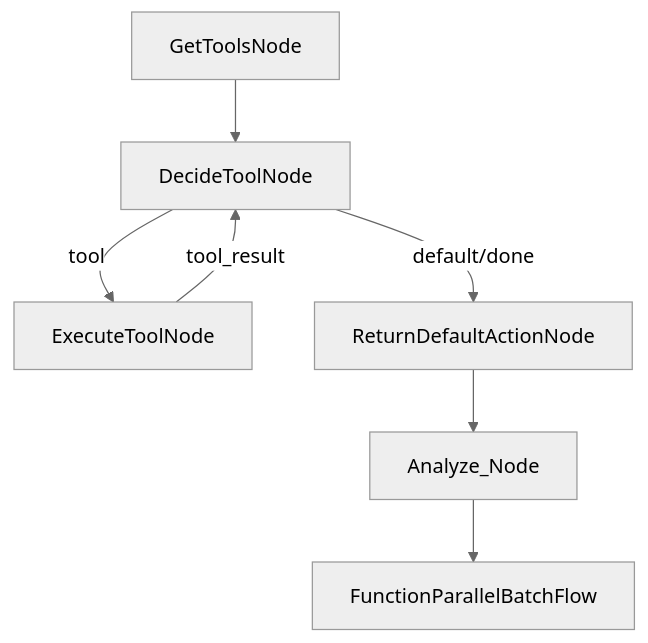
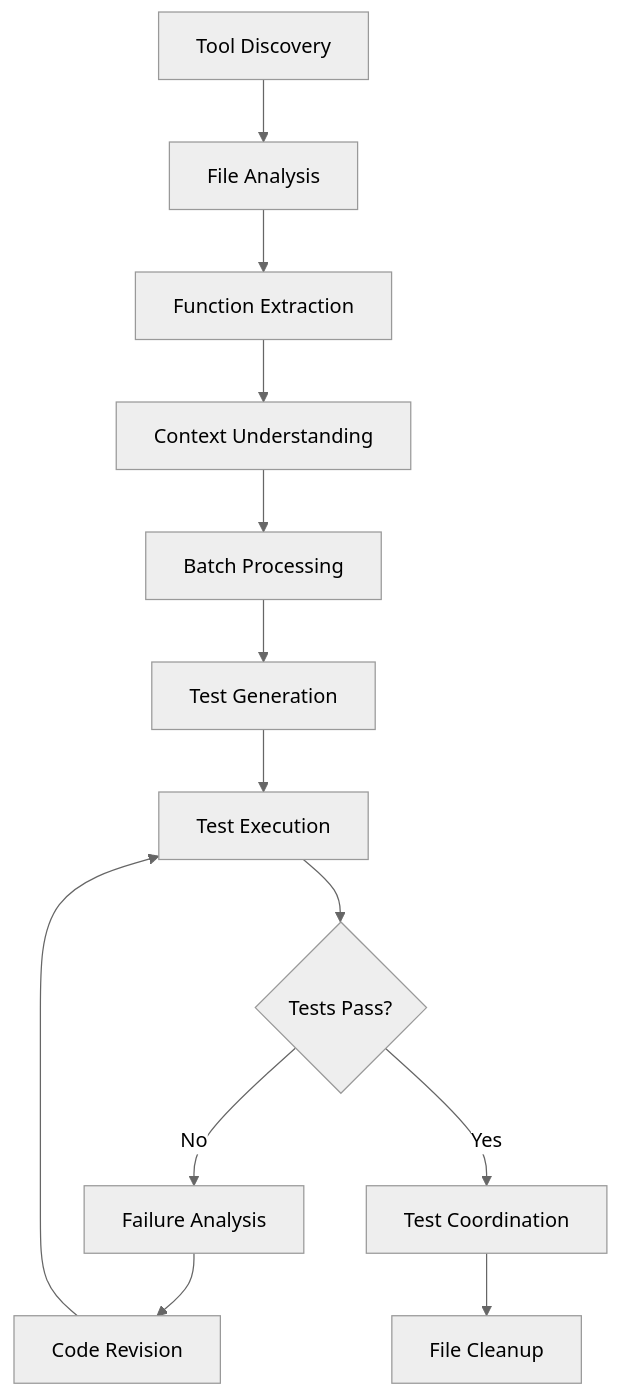
One commit to jimkk159/test-creater changed the first of 2 diagrams in README.md. Above: the diagram before and after it, drawn with Mermaid (neutral theme). The commit also changed other lines of this file and 5 other files, not shown here.

Commit message:
refactor: update flow connections and shared variable usage for improved test generation

````diff
--- a/README.md
+++ b/README.md
@@ -14,9 +105,15 @@
 ```mermaid
 flowchart TD
-    A[GetToolsNode] --> B[DecideToolNode]
-    B -- tool --> C[ExecuteToolNode]
-    C -- tool_result --> B
-    B -- default/done --> D[ReturnDefaultActionNode]
-    D --> E[Analyze_Node]
-    E --> F[FunctionParallelBatchFlow]
+    A[Tool Discovery] --> B[File Analysis]
+    B --> C[Function Extraction]
+    C --> D[Context Understanding]
+    D --> E[Batch Processing]
+    E --> F[Test Generation]
+    F --> G[Test Execution]
+    G --> H{Tests Pass?}
+    H -->|No| I[Failure Analysis]
+    I --> J[Code Revision]
+    J --> G
+    H -->|Yes| K[Test Coordination]
+    K --> L[File Cleanup]
 ```
````
